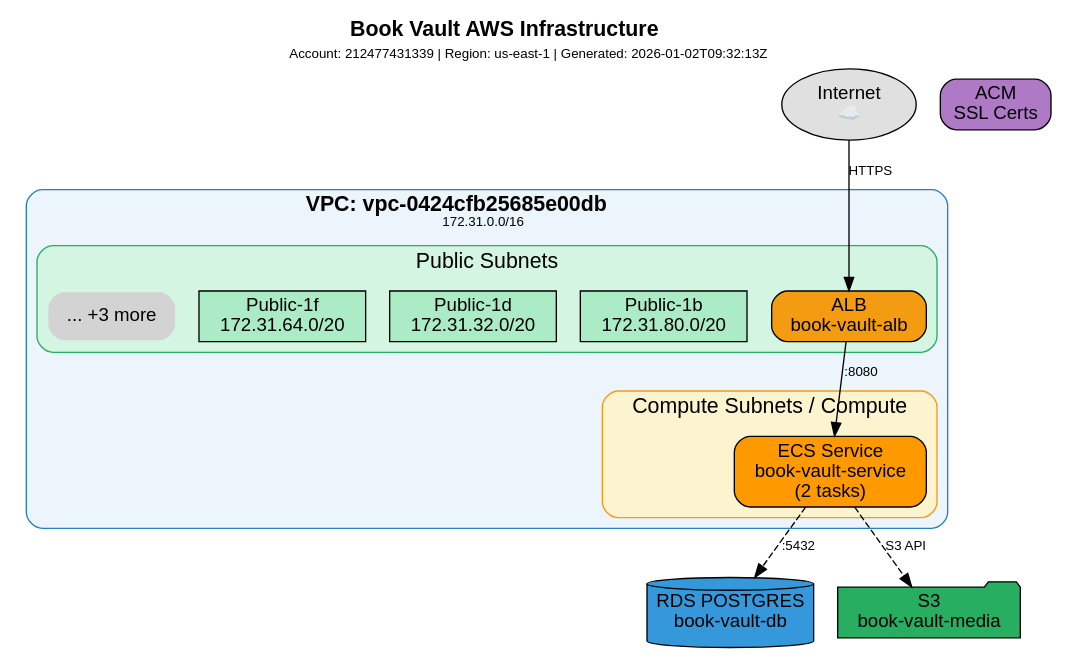
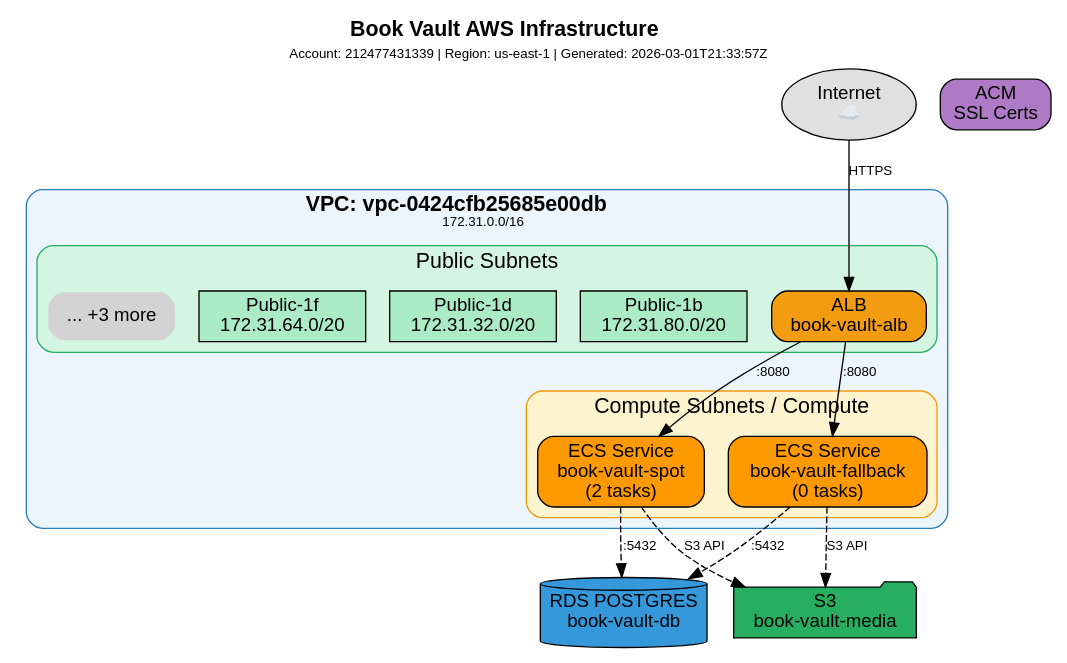
One commit to dlionikis/book_vault changed the diagram in docs/infra/production.dot. Above: the diagram before and after it, drawn with Graphviz. The commit also changed 56 other files, not shown here.

```diff
--- a/docs/infra/production.dot
+++ b/docs/infra/production.dot
@@ -1,62 +1,66 @@
 digraph BookVaultInfra {
     // Graph settings
     rankdir=TB;
     compound=true;
     fontname="Helvetica";
     node [fontname="Helvetica", shape=box, style="filled,rounded"];
     edge [fontname="Helvetica", fontsize=10];
     bgcolor="white";
-    label=<<B>Book Vault AWS Infrastructure</B><BR/>    <FONT POINT-SIZE="10">Account: 212477431339 | Region: us-east-1 | Generated: 2026-01-02T09:32:13Z</FONT>>;
+    label=<<B>Book Vault AWS Infrastructure</B><BR/>    <FONT POINT-SIZE="10">Account: 212477431339 | Region: us-east-1 | Generated: 2026-03-01T21:33:57Z</FONT>>;
     labelloc=t;
     fontsize=16;
 
     // Internet
     internet [label="Internet\n☁️", shape=ellipse, fillcolor="#E0E0E0"];
 
     // DNS & Edge
     acm [label="ACM\nSSL Certs", fillcolor="#AF7AC5", shape=box];
 
     // VPC: vpc-0424cfb25685e00db
     subgraph cluster_vpc_0424cfb25685e00db {
         label=<<B>VPC: vpc-0424cfb25685e00db</B><BR/><FONT POINT-SIZE="10">172.31.0.0/16</FONT>>;
         style="filled,rounded";
         fillcolor="#EBF5FB";
         color="#2980B9";
 
         subgraph cluster_vpc_0424cfb25685e00db_public {
             label="Public Subnets";
             style="filled,rounded";
             fillcolor="#D5F5E3";
             color="#27AE60";
 
             lb_book_vault_alb [label="ALB\nbook-vault-alb", fillcolor="#F39C12", shape=box];
             subnet_subnet_0346e88f62cad493b [label="Public-1b\n172.31.80.0/20", fillcolor="#ABEBC6", shape=box, style="filled"];
             subnet_subnet_093f52a651450b860 [label="Public-1d\n172.31.32.0/20", fillcolor="#ABEBC6", shape=box, style="filled"];
             subnet_subnet_00e1355be755bef46 [label="Public-1f\n172.31.64.0/20", fillcolor="#ABEBC6", shape=box, style="filled"];
             more_public [label="... +3 more", shape=plaintext];
         }
 
         subgraph cluster_vpc_0424cfb25685e00db_private {
             label="Compute Subnets / Compute";
             style="filled,rounded";
             fillcolor="#FCF3CF";
             color="#F39C12";
 
-            ecs_book_vault_service [label="ECS Service\nbook-vault-service\n(2 tasks)", fillcolor="#FF9900", shape=box];
+            ecs_book_vault_spot [label="ECS Service\nbook-vault-spot\n(2 tasks)", fillcolor="#FF9900", shape=box];
+            ecs_book_vault_fallback [label="ECS Service\nbook-vault-fallback\n(0 tasks)", fillcolor="#FF9900", shape=box];
         }
 
     }
 
     // Data Stores
     rds_book_vault_db [label="RDS POSTGRES\nbook-vault-db", fillcolor="#3498DB", shape=cylinder];
 
     // S3 Buckets
     s3_book_vault_media [label="S3\nbook-vault-media", fillcolor="#27AE60", shape=folder];
 
     // Connections
     internet -> lb_book_vault_alb [label="HTTPS"];
-    lb_book_vault_alb -> ecs_book_vault_service [label=":8080"];
-    ecs_book_vault_service -> rds_book_vault_db [label=":5432", style=dashed];
-    ecs_book_vault_service -> s3_book_vault_media [label="S3 API", style=dashed];
+    lb_book_vault_alb -> ecs_book_vault_spot [label=":8080"];
+    lb_book_vault_alb -> ecs_book_vault_fallback [label=":8080"];
+    ecs_book_vault_spot -> rds_book_vault_db [label=":5432", style=dashed];
+    ecs_book_vault_fallback -> rds_book_vault_db [label=":5432", style=dashed];
+    ecs_book_vault_spot -> s3_book_vault_media [label="S3 API", style=dashed];
+    ecs_book_vault_fallback -> s3_book_vault_media [label="S3 API", style=dashed];
 
 }
```
